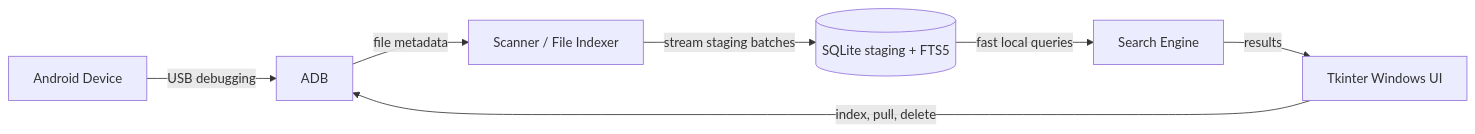
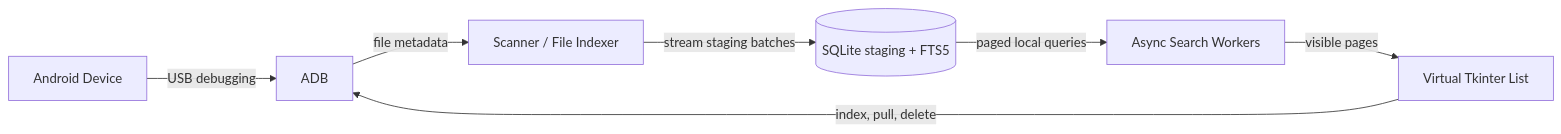
Before and after one commit to luli395/android_everything: the diagram in README.md, drawn with Mermaid. The commit also changed other lines of this file and 10 other files, not shown here.

Commit message:
feat: add virtual results and asynchronous search

````diff
--- a/README.md
+++ b/README.md
@@ -74,9 +75,9 @@
 ```mermaid
 flowchart LR
     Device[Android Device] -->|USB debugging| ADB[ADB]
     ADB -->|file metadata| Scanner[Scanner / File Indexer]
     Scanner -->|stream staging batches| Database[(SQLite staging + FTS5)]
-    Database -->|fast local queries| Search[Search Engine]
-    Search -->|results| UI[Tkinter Windows UI]
+    Database -->|paged local queries| Search[Async Search Workers]
+    Search -->|visible pages| UI[Virtual Tkinter List]
     UI -->|index, pull, delete| ADB
 ```
````
